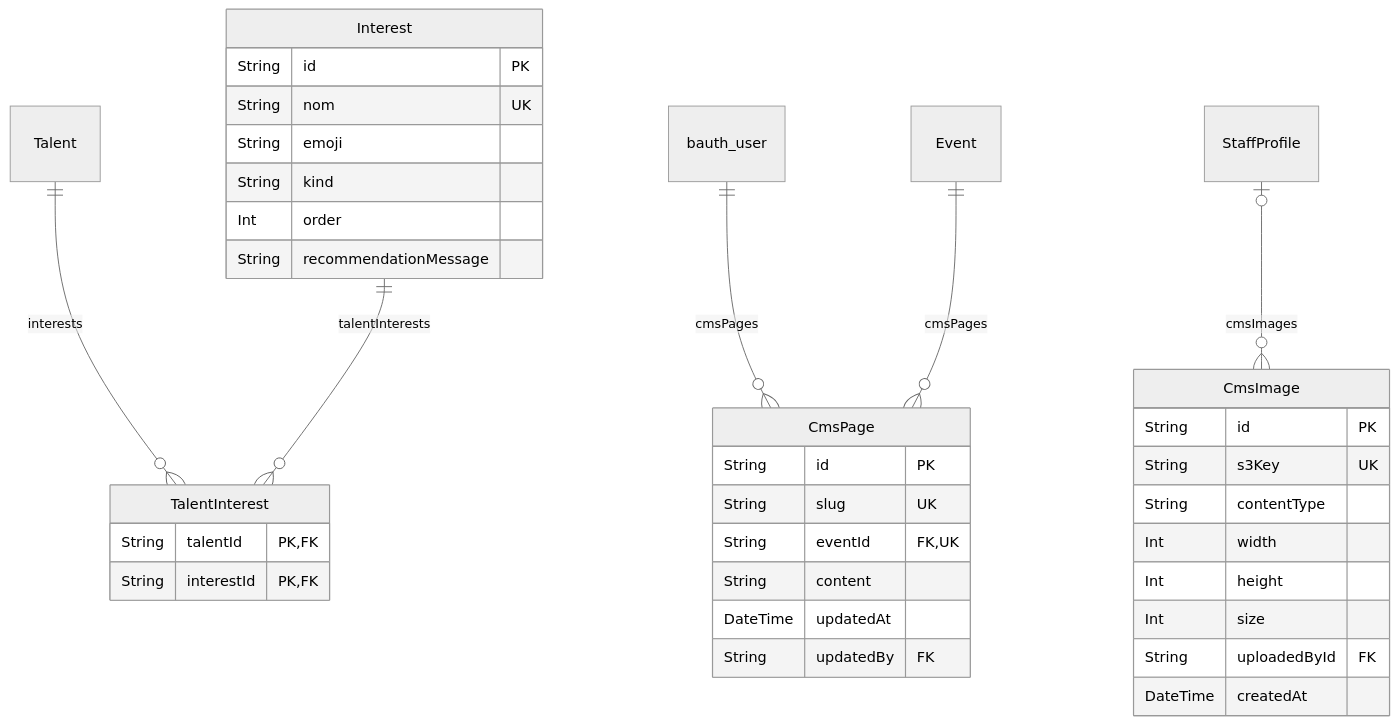
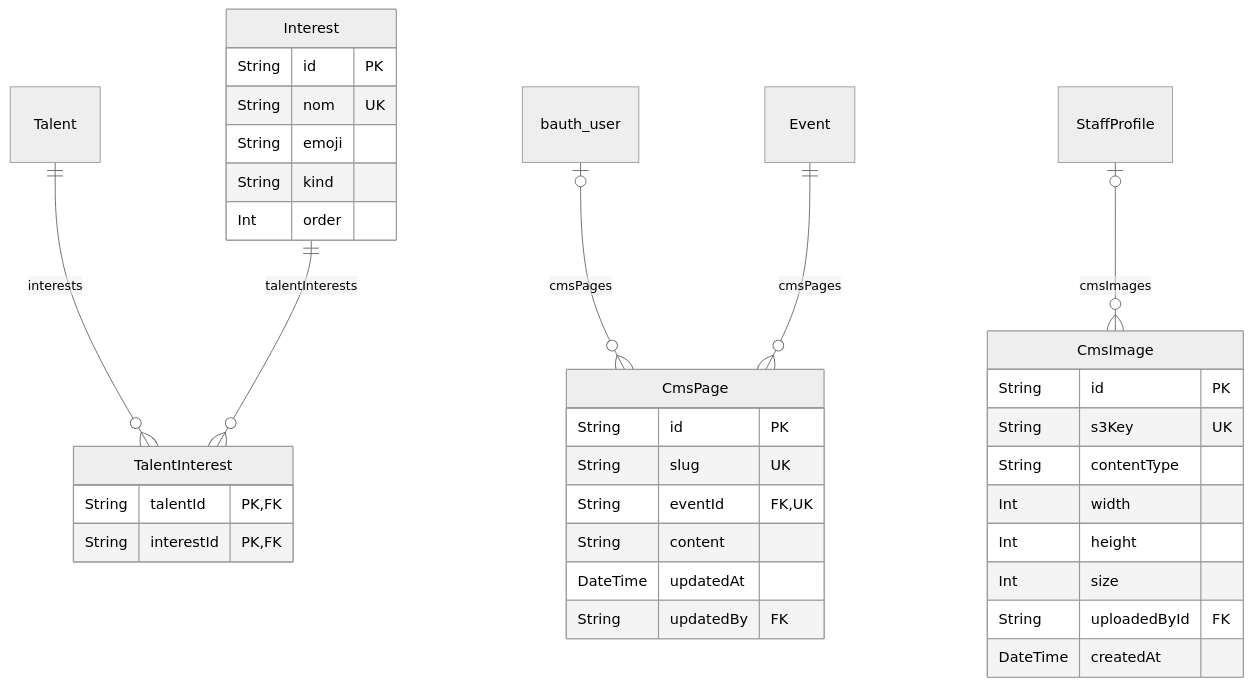
Before and after one commit to Manta-Epitech-Academy/jump: the tenth of 12 diagrams in frontend/docs/database.md, drawn with Mermaid (neutral theme). The commit also changed other lines of this file and 1 other file, not shown here.

````diff
--- a/frontend/docs/database.md
+++ b/frontend/docs/database.md
@@ -772,46 +857,45 @@
 ```mermaid
 erDiagram
   CmsPage {
     String id PK
     String slug UK
     String eventId FK,UK
     String content
     DateTime updatedAt
     String updatedBy FK
   }
   CmsImage {
     String id PK
     String s3Key UK
     String contentType
     Int width
     Int height
     Int size
     String uploadedById FK
     DateTime createdAt
   }
   Interest {
     String id PK
     String nom UK
     String emoji
     String kind
     Int order
-    String recommendationMessage
   }
   TalentInterest {
     String talentId PK,FK
     String interestId PK,FK
   }
   bauth_user {
   }
   StaffProfile {
   }
   Talent {
   }
   Event {
   }
-  bauth_user ||--o{ CmsPage : "cmsPages"
+  bauth_user |o--o{ CmsPage : "cmsPages"
   StaffProfile |o--o{ CmsImage : "cmsImages"
   Talent ||--o{ TalentInterest : "interests"
   Event ||--o{ CmsPage : "cmsPages"
   Interest ||--o{ TalentInterest : "talentInterests"
 ```
````
